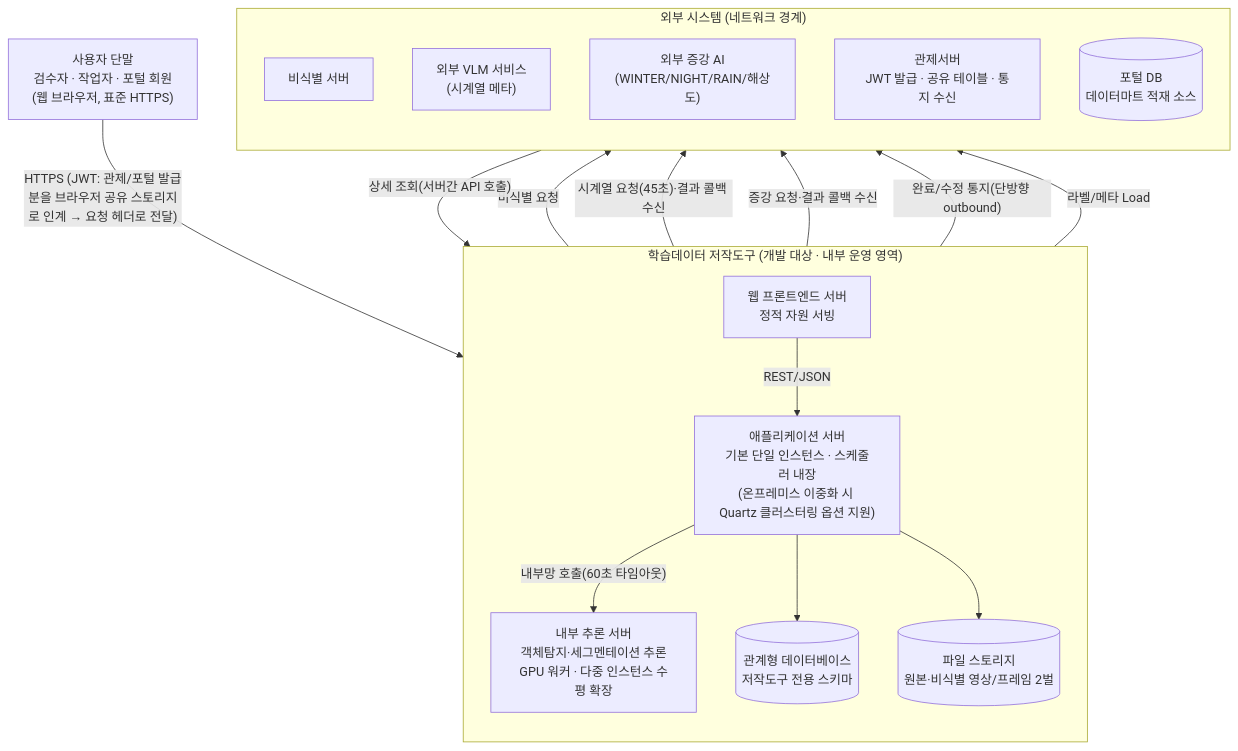
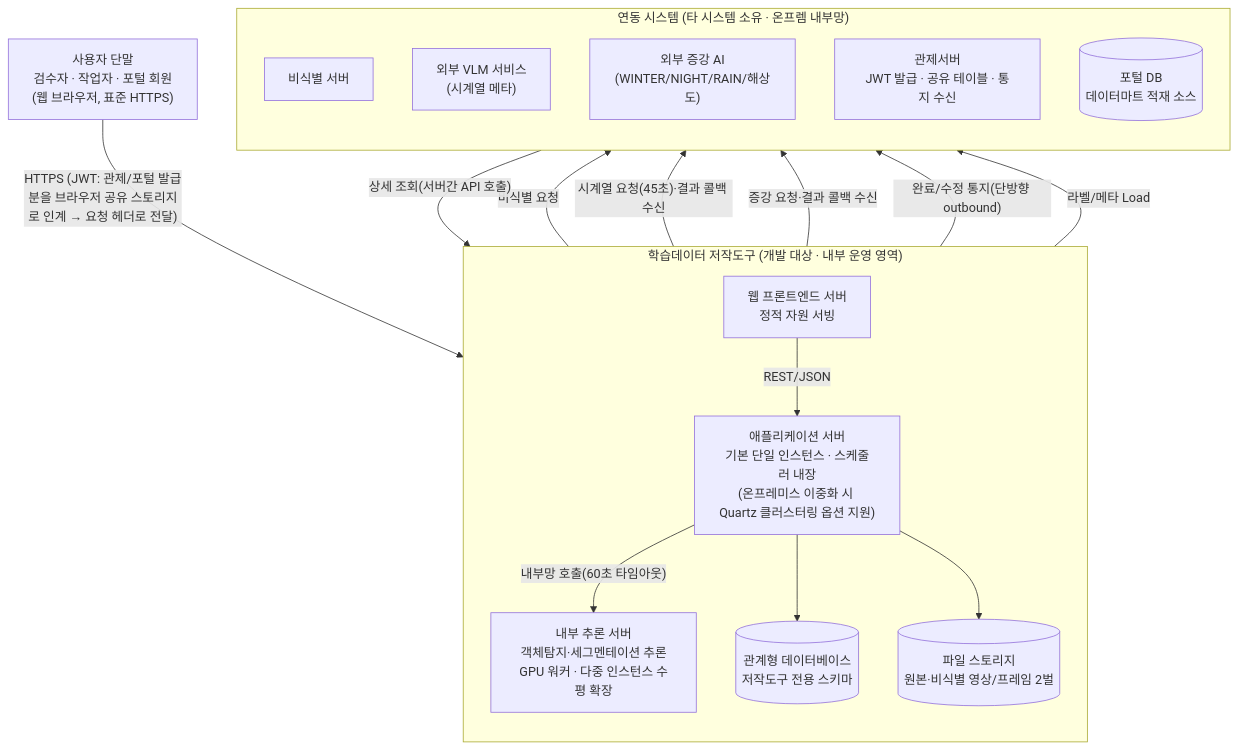
Before and after one commit to New-stella/klid-label: the second of 2 diagrams in docs/design/D5-아키텍처설계서-Rev2.md, drawn with Mermaid. The commit also changed other lines of this file and 5 other files, not shown here.

First line of the commit message:
docs(design): D5 아키텍처 다이어그램 최종판(PNG+HTML) + §2 경계 표현 정정

````diff
--- a/docs/design/D5-아키텍처설계서-Rev2.md
+++ b/docs/design/D5-아키텍처설계서-Rev2.md
@@ -85,34 +86,34 @@
 ```mermaid
 flowchart TB
     USER["사용자 단말<br/>검수자 · 작업자 · 포털 회원<br/>(웹 브라우저, 표준 HTTPS)"]
 
     subgraph SYS["학습데이터 저작도구 (개발 대상 · 내부 운영 영역)"]
         direction TB
         WEB["웹 프론트엔드 서버<br/>정적 자원 서빙"]
         APP["애플리케이션 서버<br/>기본 단일 인스턴스 · 스케줄러 내장<br/>(온프레미스 이중화 시 Quartz 클러스터링 옵션 지원)"]
         AISRV["내부 추론 서버<br/>객체탐지·세그멘테이션 추론<br/>GPU 워커 · 다중 인스턴스 수평 확장"]
         DB[("관계형 데이터베이스<br/>저작도구 전용 스키마")]
         STORE[("파일 스토리지<br/>원본·비식별 영상/프레임 2벌")]
     end
 
-    subgraph EXT["외부 시스템 (네트워크 경계)"]
+    subgraph EXT["연동 시스템 (타 시스템 소유 · 온프렘 내부망)"]
         direction TB
         DEID["비식별 서버"]
         VLM["외부 VLM 서비스<br/>(시계열 메타)"]
         AUG["외부 증강 AI<br/>(WINTER/NIGHT/RAIN/해상도)"]
         CTRL["관제서버<br/>JWT 발급 · 공유 테이블 · 통지 수신"]
         PORTAL[("포털 DB<br/>데이터마트 적재 소스")]
     end
 
     USER -->|"HTTPS (JWT: 관제/포털 발급분을 브라우저 공유 스토리지로 인계 → 요청 헤더로 전달)"| WEB
     WEB -->|"REST/JSON"| APP
     APP -->|"내부망 호출(60초 타임아웃)"| AISRV
     APP --> DB
     APP --> STORE
     APP -->|"비식별 요청"| DEID
     APP -->|"시계열 요청(45초)·결과 콜백 수신"| VLM
     APP -->|"증강 요청·결과 콜백 수신"| AUG
     APP -->|"완료/수정 통지(단방향 outbound)"| CTRL
     CTRL -->|"상세 조회(서버간 API 호출)"| APP
     APP -->|"라벨/메타 Load"| PORTAL
 ```
````
